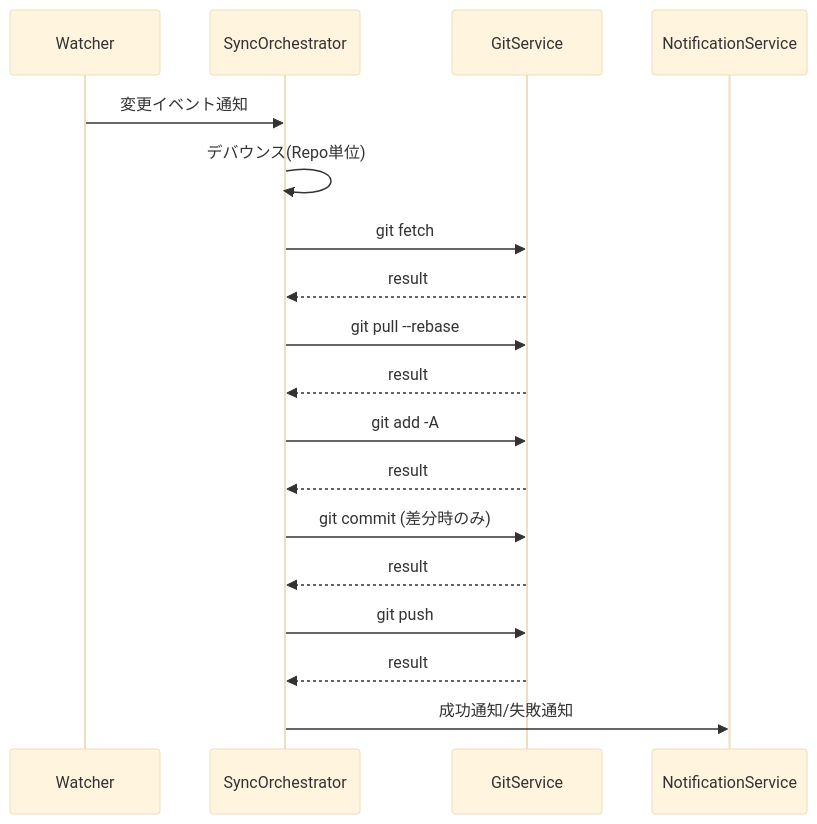
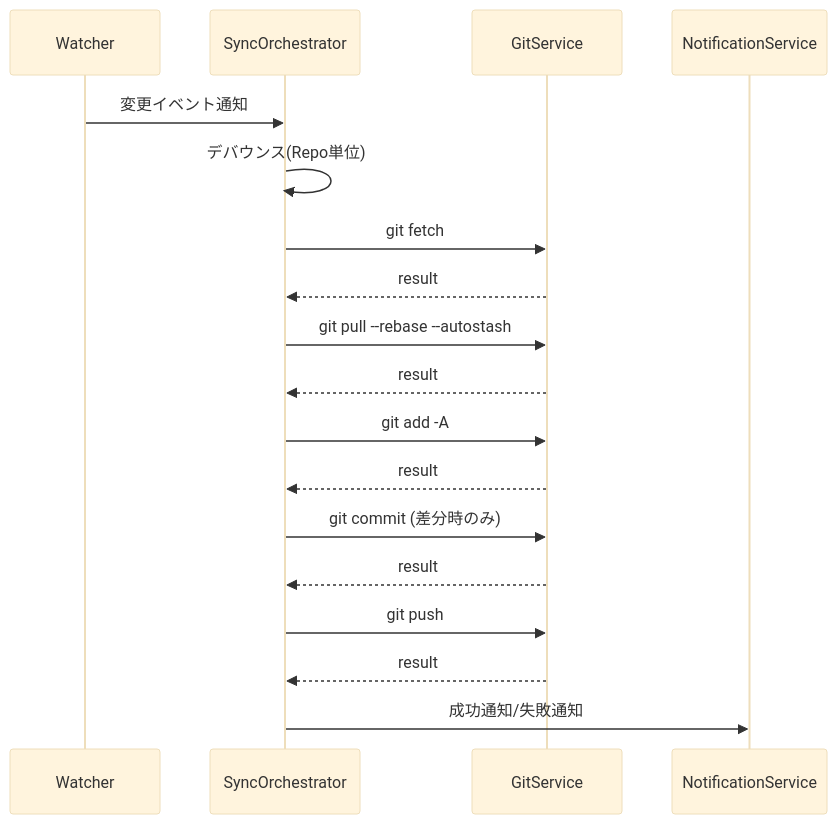
The second of 3 diagrams in docs/design/maui-blazor-architecture.md (natumekazuki/GameLauncherWithGit), drawn with Mermaid (base theme) before and after one commit. The commit also changed other lines of this file and 2 other files, not shown here.

````diff
--- a/docs/design/maui-blazor-architecture.md
+++ b/docs/design/maui-blazor-architecture.md
@@ -55,21 +56,21 @@
 ```mermaid
 sequenceDiagram
     participant W as Watcher
     participant O as SyncOrchestrator
     participant G as GitService
     participant N as NotificationService
 
     W->>O: 変更イベント通知
     O->>O: デバウンス(Repo単位)
     O->>G: git fetch
     G-->>O: result
-    O->>G: git pull --rebase
+    O->>G: git pull --rebase --autostash
     G-->>O: result
     O->>G: git add -A
     G-->>O: result
     O->>G: git commit (差分時のみ)
     G-->>O: result
     O->>G: git push
     G-->>O: result
     O->>N: 成功通知/失敗通知
 ```
````
